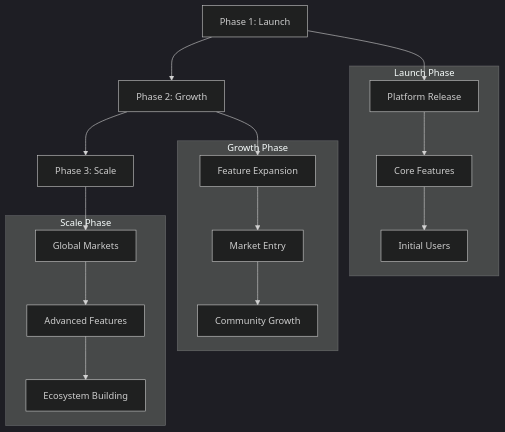
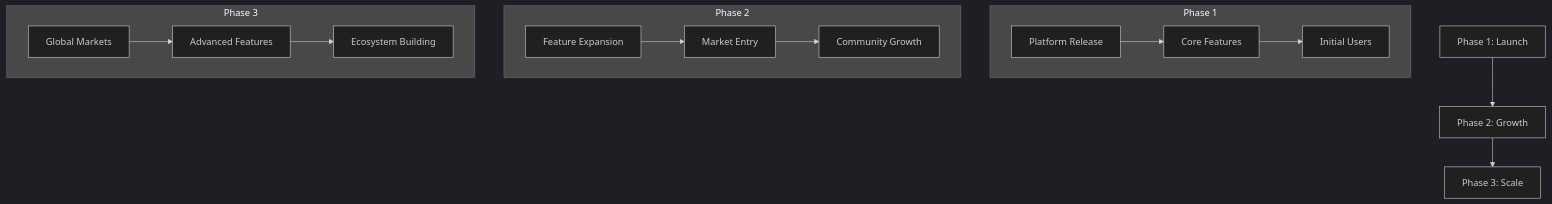
The second of 2 diagrams in docs/whitepaper/roadmap.md (MEMEFANS/memefans), drawn with Mermaid (dark theme) before and after one commit. The commit also changed other lines of this file, not shown here.

Commit message:
docs: update roadmap timeline to start from 2025 and simplify diagram syntax

````diff
--- a/docs/whitepaper/roadmap.md
+++ b/docs/whitepaper/roadmap.md
@@ -29,24 +24,20 @@
 ```mermaid
 graph TD
     A[Phase 1: Launch] --> B[Phase 2: Growth]
     B --> C[Phase 3: Scale]
     
-    subgraph Launch Phase
+    subgraph Phase 1
     A1[Platform Release] --> A2[Core Features]
     A2 --> A3[Initial Users]
     end
     
-    subgraph Growth Phase
+    subgraph Phase 2
     B1[Feature Expansion] --> B2[Market Entry]
     B2 --> B3[Community Growth]
     end
     
-    subgraph Scale Phase
+    subgraph Phase 3
     C1[Global Markets] --> C2[Advanced Features]
     C2 --> C3[Ecosystem Building]
     end
-    
-    A --> A1
-    B --> B1
-    C --> C1
 ```
````
